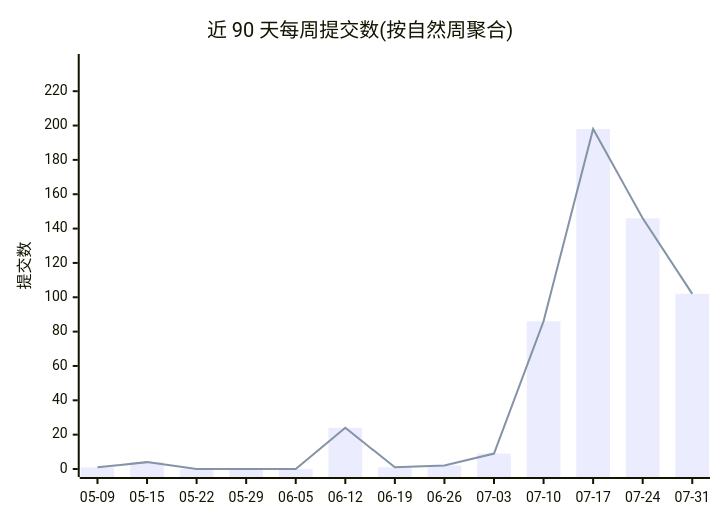
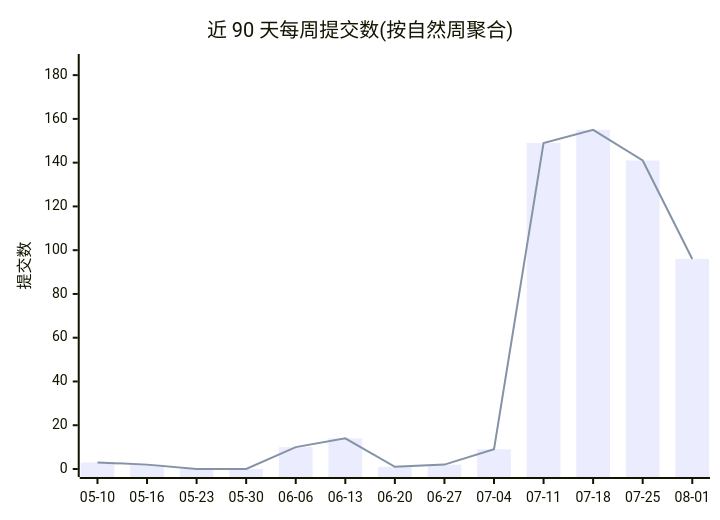
The first of 2 diagrams in profile/README.md (Conflux-Union/.github), drawn with Mermaid before and after one commit. The commit also changed other lines of this file and 1 other file, not shown here.

````diff
--- a/profile/README.md
+++ b/profile/README.md
@@ -44,8 +44,8 @@
 ```mermaid
 xychart-beta
     title "近 90 天每周提交数(按自然周聚合)"
-    x-axis ["05-09", "05-15", "05-22", "05-29", "06-05", "06-12", "06-19", "06-26", "07-03", "07-10", "07-17", "07-24", "07-31"]
-    y-axis "提交数" 0 --> 237
-    bar [1, 4, 0, 0, 0, 24, 1, 2, 9, 86, 198, 146, 102]
-    line [1, 4, 0, 0, 0, 24, 1, 2, 9, 86, 198, 146, 102]
+    x-axis ["05-10", "05-16", "05-23", "05-30", "06-06", "06-13", "06-20", "06-27", "07-04", "07-11", "07-18", "07-25", "08-01"]
+    y-axis "提交数" 0 --> 186
+    bar [3, 2, 0, 0, 10, 14, 1, 2, 9, 149, 155, 141, 96]
+    line [3, 2, 0, 0, 10, 14, 1, 2, 9, 149, 155, 141, 96]
 ```
````
